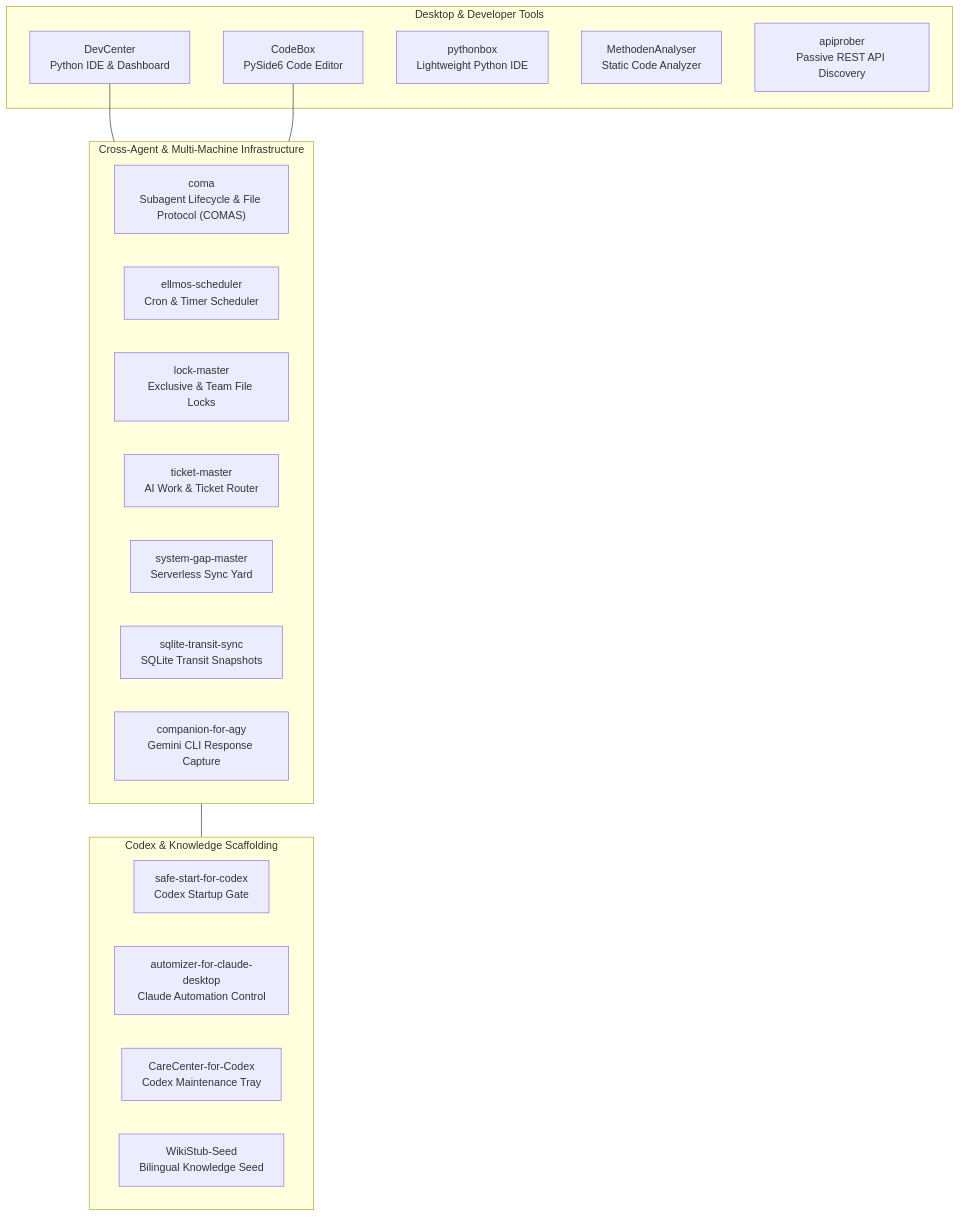
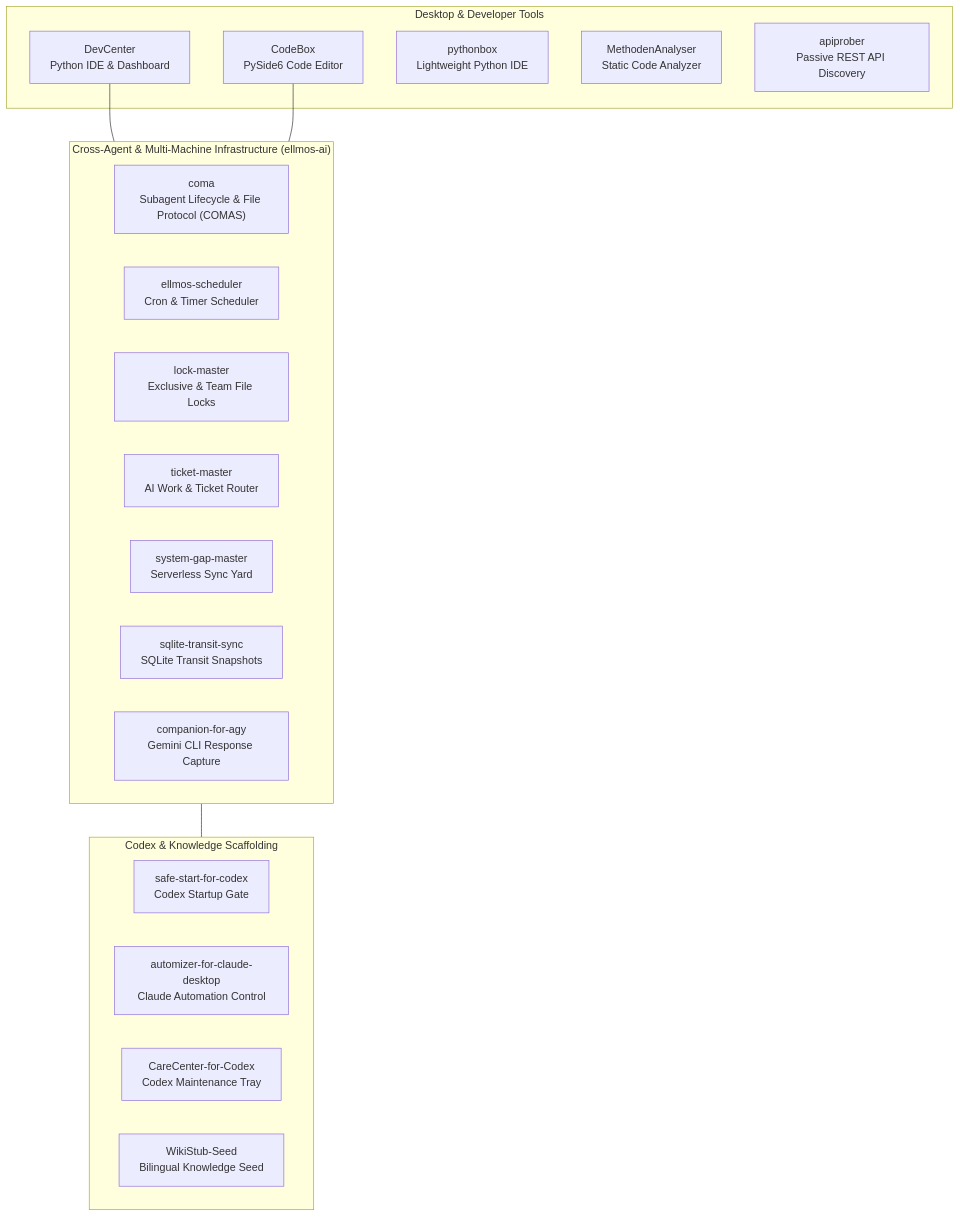
Before and after one commit to dev-bricks/.github: the diagram in profile/README.md, drawn with Mermaid. The commit also changed other lines of this file and 4 other files, not shown here.

````diff
--- a/profile/README.md
+++ b/profile/README.md
@@ -79,31 +86,31 @@
 ```mermaid
 flowchart TD
   subgraph IDE["Desktop & Developer Tools"]
     DC["DevCenter<br/>Python IDE & Dashboard"]
     CB["CodeBox<br/>PySide6 Code Editor"]
     PB["pythonbox<br/>Lightweight Python IDE"]
     MA["MethodenAnalyser<br/>Static Code Analyzer"]
     AP["apiprober<br/>Passive REST API Discovery"]
   end
 
-  subgraph INFRA["Cross-Agent & Multi-Machine Infrastructure"]
+  subgraph INFRA["Cross-Agent & Multi-Machine Infrastructure (ellmos-ai)"]
     COM["coma<br/>Subagent Lifecycle & File Protocol (COMAS)"]
     ELS["ellmos-scheduler<br/>Cron & Timer Scheduler"]
     LM["lock-master<br/>Exclusive & Team File Locks"]
     TM["ticket-master<br/>AI Work & Ticket Router"]
     SGM["system-gap-master<br/>Serverless Sync Yard"]
     STS["sqlite-transit-sync<br/>SQLite Transit Snapshots"]
     AGY["companion-for-agy<br/>Gemini CLI Response Capture"]
   end
 
   subgraph AGENT["Codex & Knowledge Scaffolding"]
     SSC["safe-start-for-codex<br/>Codex Startup Gate"]
     ACD["automizer-for-claude-desktop<br/>Claude Automation Control"]
     CCC["CareCenter-for-Codex<br/>Codex Maintenance Tray"]
     WSS["WikiStub-Seed<br/>Bilingual Knowledge Seed"]
   end
 
   DC --- INFRA
   CB --- INFRA
   INFRA --- AGENT
 ```
````
